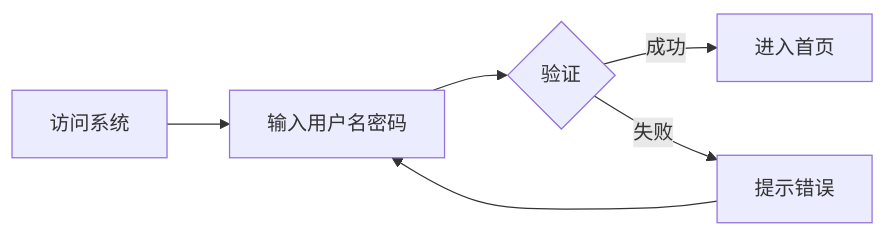
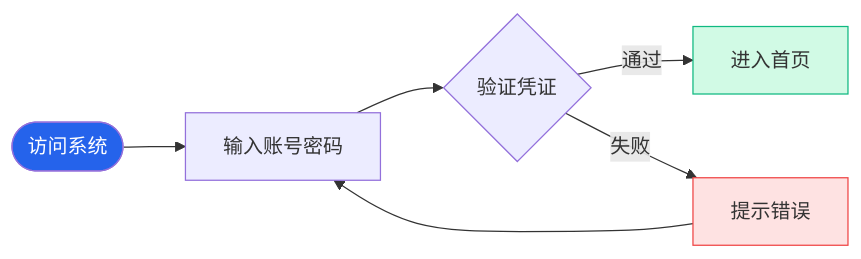
The first of 8 diagrams in docs/usage.md (xt765/ResumeScreening), drawn with Mermaid before and after one commit. The commit also changed other lines of this file and 5 other files, not shown here.

Commit message:
refactor: remove similarity score and update documentation diagrams

````diff
--- a/docs/usage.md
+++ b/docs/usage.md
@@ -7,8 +7,12 @@
 ```mermaid
 graph LR
-    A[访问系统] --> B[输入用户名密码]
-    B --> C{验证}
-    C -->|成功| D[进入首页]
-    C -->|失败| E[提示错误]
-    E --> B
+    User([访问系统]) --> Input[输入账号密码]
+    Input --> Check{验证凭证}
+    Check -->|通过| Home[进入首页]
+    Check -->|失败| Error[提示错误]
+    Error --> Input
+    
+    style User fill:#2563eb,color:#fff
+    style Home fill:#d1fae5,stroke:#10b981
+    style Error fill:#fee2e2,stroke:#ef4444
 ```
````
